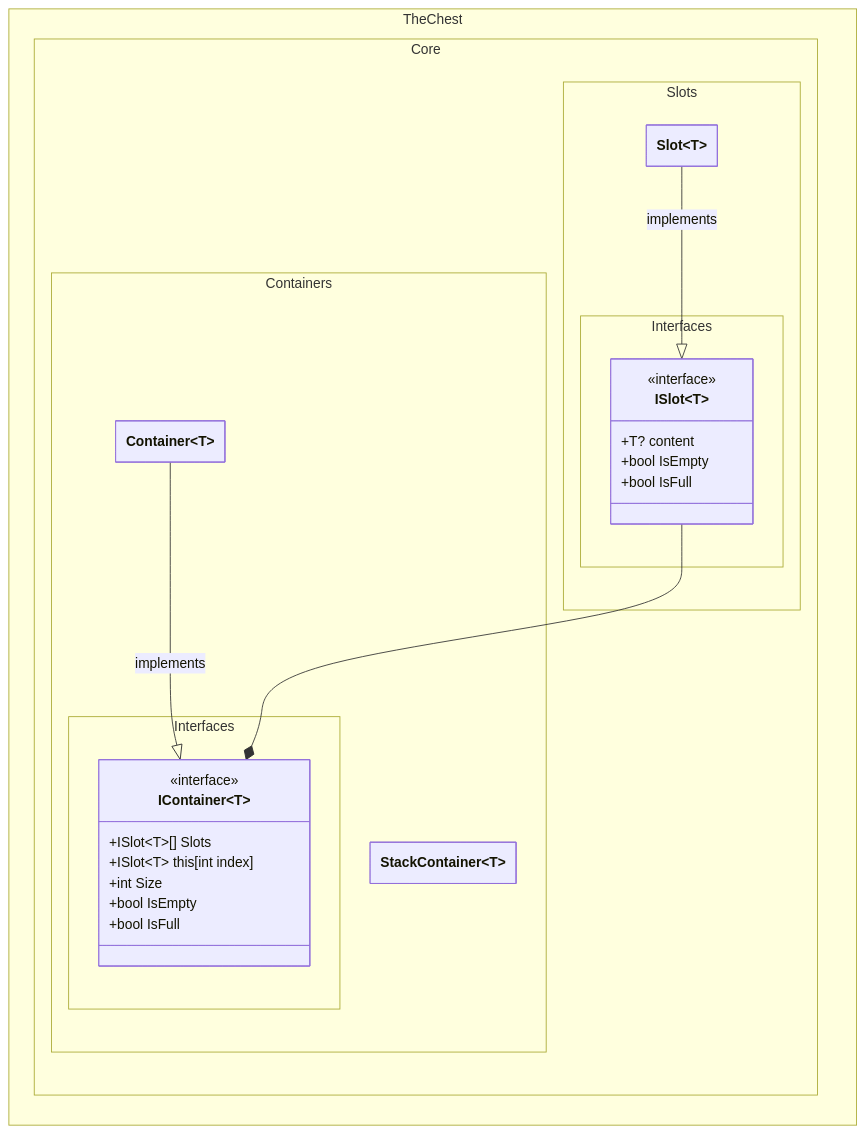
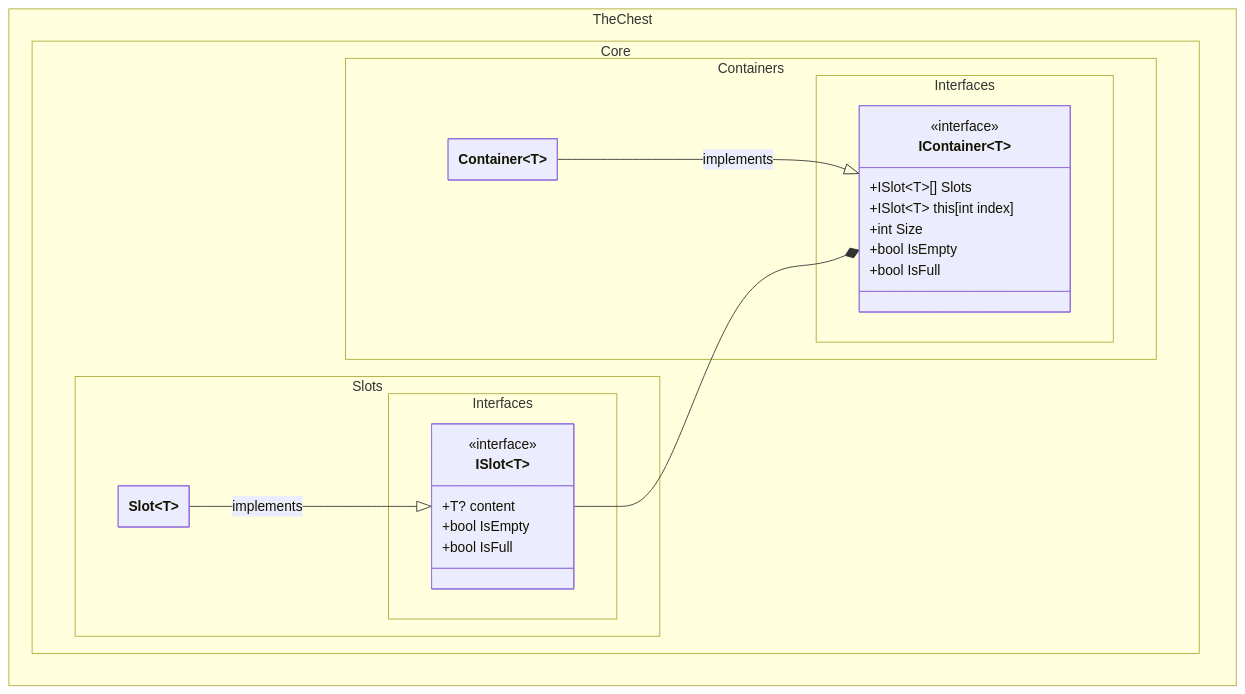
One commit to The-Chest/TheChest.Core changed the diagram in docs/class_diagram.md. Above: the diagram before and after it, drawn with Mermaid.

Commit message:
Changes class diagram direction to a BT and removes StackContainer

````diff
--- a/docs/class_diagram.md
+++ b/docs/class_diagram.md
@@ -3,44 +3,42 @@
 ```mermaid
 ---
 config:
   theme: mc
   look: classic
   class:
     hideEmptyMembersBox: true
 ---
 classDiagram
-direction TB
+direction BT
 	namespace TheChest.Core.Containers.Interfaces {
         class IContainer~T~ {
 	        +ISlot~T~[] Slots
 	        +ISlot~T~ this[int index]
 	        +int Size
 	        +bool IsEmpty
 	        +bool IsFull
         }
 	}
 	namespace TheChest.Core.Slots.Interfaces {
         class ISlot~T~ {
 	        +T? content
 	        +bool IsEmpty
 	        +bool IsFull
         }
 	}
 	namespace TheChest.Core.Containers {
         class Container~T~ {
         }
-        class StackContainer~T~ {
-        }
 	}
 	namespace TheChest.Core.Slots {
         class Slot~T~ {
         }
 	}
 
 	<<interface>> IContainer
 	<<interface>> ISlot
 
     Container --|> IContainer : implements
     ISlot --* IContainer
     Slot --|> ISlot : implements
 ```
````
